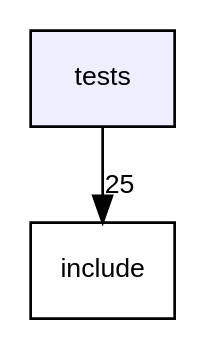
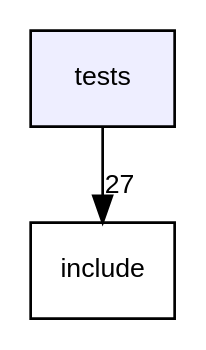
Before and after one commit to acgetchell/CDT-plusplus: the diagram in dir_59425e443f801f1f2fd8bbe4959a3ccf_dep.dot, drawn with Graphviz. The commit also changed 262 other files, not shown here.

```diff
--- a/dir_59425e443f801f1f2fd8bbe4959a3ccf_dep.dot
+++ b/dir_59425e443f801f1f2fd8bbe4959a3ccf_dep.dot
@@ -1,8 +1,8 @@
 digraph "tests" {
   compound=true
   node [ fontsize="10", fontname="Helvetica"];
   edge [ labelfontsize="10", labelfontname="Helvetica"];
   dir_59425e443f801f1f2fd8bbe4959a3ccf [shape=box, label="tests", style="filled", fillcolor="#eeeeff", pencolor="black", URL="dir_59425e443f801f1f2fd8bbe4959a3ccf.html"];
   dir_d44c64559bbebec7f509842c48db8b23 [shape=box label="include" URL="dir_d44c64559bbebec7f509842c48db8b23.html"];
-  dir_59425e443f801f1f2fd8bbe4959a3ccf->dir_d44c64559bbebec7f509842c48db8b23 [headlabel="25", labeldistance=1.5 headhref="dir_000002_000000.html"];
+  dir_59425e443f801f1f2fd8bbe4959a3ccf->dir_d44c64559bbebec7f509842c48db8b23 [headlabel="27", labeldistance=1.5 headhref="dir_000002_000000.html"];
 }
```
